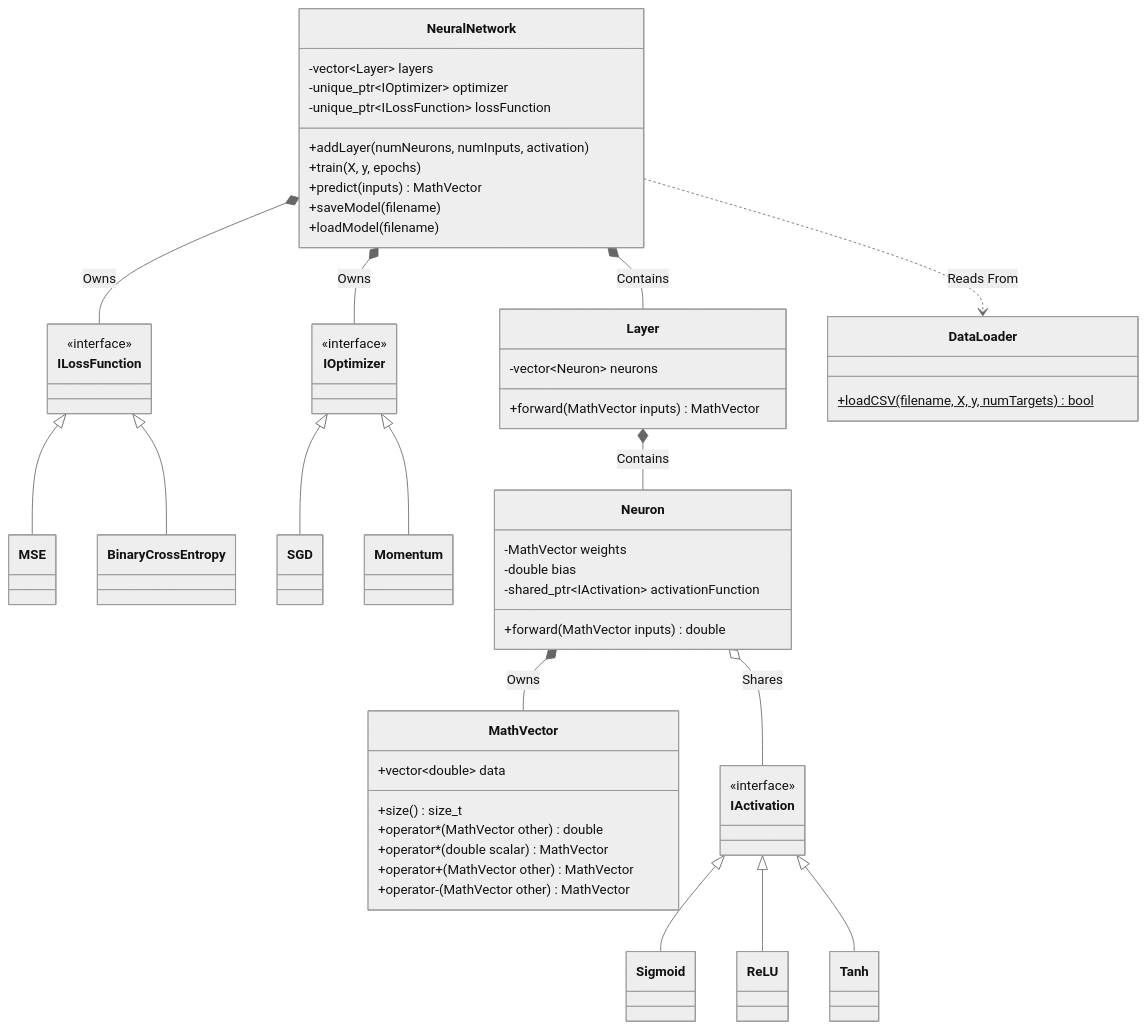
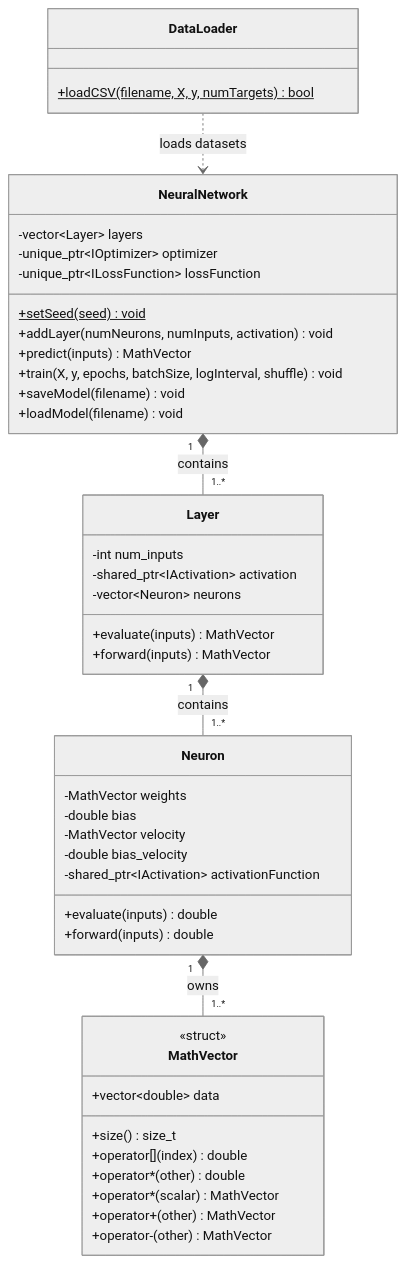
The first of 2 diagrams in README.md (nomulabhargavachaitanya-gif/Mini_ANN-CPP), drawn with Mermaid (neutral theme) before and after one commit. The commit also changed other lines of this file and 22 other files, not shown here.

````diff
--- a/README.md
+++ b/README.md
@@ -8,63 +9,54 @@
 ```mermaid
 classDiagram
-    %% Core Math Data Structure
-    class MathVector {
-        +vector~double~ data
-        +size() size_t
-        +operator*(MathVector other) double
-        +operator*(double scalar) MathVector
-        +operator+(MathVector other) MathVector
-        +operator-(MathVector other) MathVector
-    }
+    direction TB
 
-    %% Interfaces (Polymorphism)
-    class IActivation { <<interface>> }
-    class ILossFunction { <<interface>> }
-    class IOptimizer { <<interface>> }
-
-    %% Concrete Implementations
-    IActivation <|-- Sigmoid
-    IActivation <|-- ReLU
-    IActivation <|-- Tanh
-    ILossFunction <|-- MSE
-    ILossFunction <|-- BinaryCrossEntropy
-    IOptimizer <|-- SGD
-    IOptimizer <|-- Momentum
-
-    %% Network Topology
-    class Neuron {
-        -MathVector weights
-        -double bias
-        -shared_ptr~IActivation~ activationFunction
-        +forward(MathVector inputs) double
-    }
-
-    class Layer {
-        -vector~Neuron~ neurons
-        +forward(MathVector inputs) MathVector
+    class DataLoader {
+        +loadCSV(filename, X, y, numTargets)$ bool
     }
 
     class NeuralNetwork {
         -vector~Layer~ layers
         -unique_ptr~IOptimizer~ optimizer
         -unique_ptr~ILossFunction~ lossFunction
-        +addLayer(numNeurons, numInputs, activation)
-        +train(X, y, epochs)
+        +setSeed(seed)$ void
+        +addLayer(numNeurons, numInputs, activation) void
         +predict(inputs) MathVector
-        +saveModel(filename)
-        +loadModel(filename)
+        +train(X, y, epochs, batchSize, logInterval, shuffle) void
+        +saveModel(filename) void
+        +loadModel(filename) void
     }
 
-    class DataLoader {
-        +loadCSV(filename, X, y, numTargets)$ bool
+    class Layer {
+        -int num_inputs
+        -shared_ptr~IActivation~ activation
+        -vector~Neuron~ neurons
+        +evaluate(inputs) MathVector
+        +forward(inputs) MathVector
     }
 
-    %% Relationships
-    Neuron *-- MathVector : Owns
-    Neuron o-- IActivation : Shares
-    Layer *-- Neuron : Contains
-    NeuralNetwork *-- Layer : Contains
-    NeuralNetwork *-- IOptimizer : Owns
-    NeuralNetwork *-- ILossFunction : Owns
-    NeuralNetwork ..> DataLoader : Reads From
+    class Neuron {
+        -MathVector weights
+        -double bias
+        -MathVector velocity
+        -double bias_velocity
+        -shared_ptr~IActivation~ activationFunction
+        +evaluate(inputs) double
+        +forward(inputs) double
+    }
+
+    class MathVector {
+        <<struct>>
+        +vector~double~ data
+        +size() size_t
+        +operator[](index) double
+        +operator*(other) double
+        +operator*(scalar) MathVector
+        +operator+(other) MathVector
+        +operator-(other) MathVector
+    }
+
+    DataLoader ..> NeuralNetwork : loads datasets
+    NeuralNetwork "1" *-- "1..*" Layer : contains
+    Layer "1" *-- "1..*" Neuron : contains
+    Neuron "1" *-- "1..*" MathVector : owns
 ```
````
